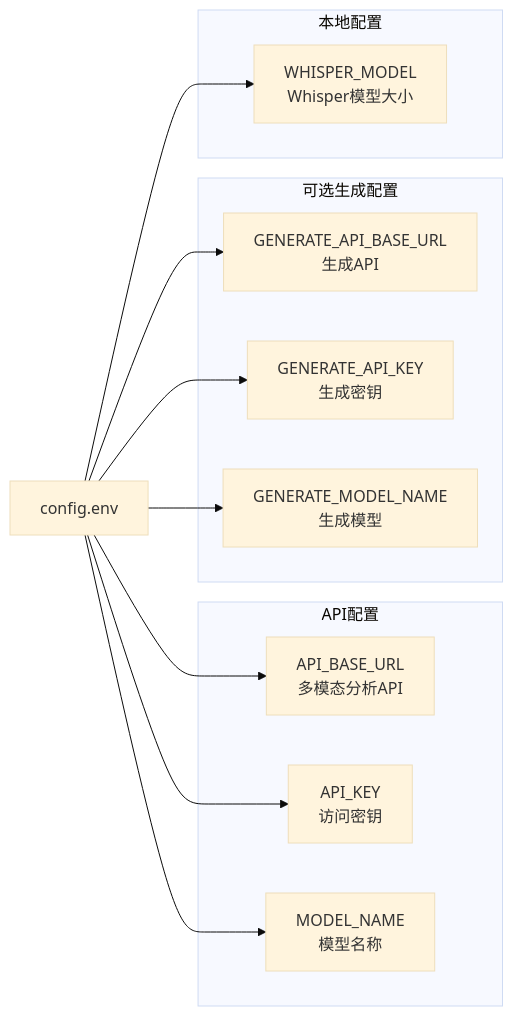
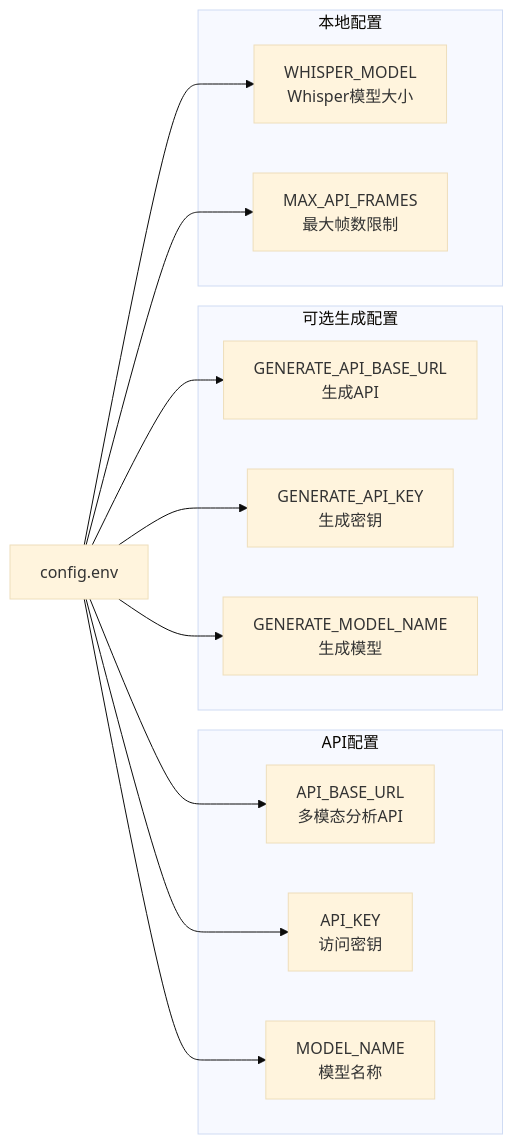
The fifth of 9 diagrams in .qoder/repowiki/zh/content/配置和定制/配置和定制.md (WongMingJiu/landingpage-test-hero-page), drawn with Mermaid (base theme) before and after one commit. The commit also changed other lines of this file and 5 other files, not shown here.

Commit message:
feat: 更新 skill 支持双模式（视频分析+生图），更新 README

````diff
--- a/.qoder/repowiki/zh/content/配置和定制/配置和定制.md
+++ b/.qoder/repowiki/zh/content/配置和定制/配置和定制.md
@@ -221,23 +232,25 @@
 ```mermaid
 graph LR
 subgraph "API配置"
 BaseURL[API_BASE_URL<br/>多模态分析API]
 APIKey[API_KEY<br/>访问密钥]
 ModelName[MODEL_NAME<br/>模型名称]
 end
 subgraph "可选生成配置"
 GenBaseURL[GENERATE_API_BASE_URL<br/>生成API]
 GenAPIKey[GENERATE_API_KEY<br/>生成密钥]
 GenModelName[GENERATE_MODEL_NAME<br/>生成模型]
 end
 subgraph "本地配置"
 WhisperModel[WHISPER_MODEL<br/>Whisper模型大小]
+MaxFrames[MAX_API_FRAMES<br/>最大帧数限制]
 end
 ConfigFile[config.env] --> BaseURL
 ConfigFile --> APIKey
 ConfigFile --> ModelName
 ConfigFile --> GenBaseURL
 ConfigFile --> GenAPIKey
 ConfigFile --> GenModelName
 ConfigFile --> WhisperModel
+ConfigFile --> MaxFrames
 ```
````
